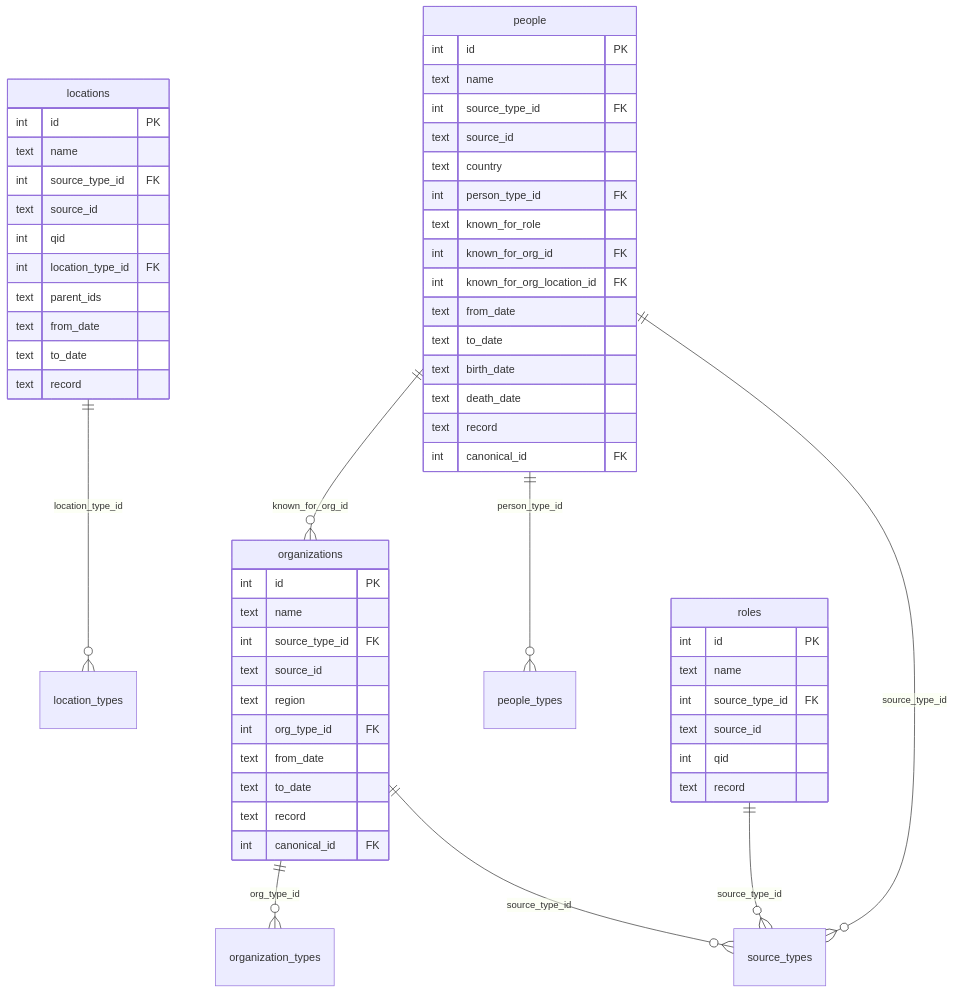
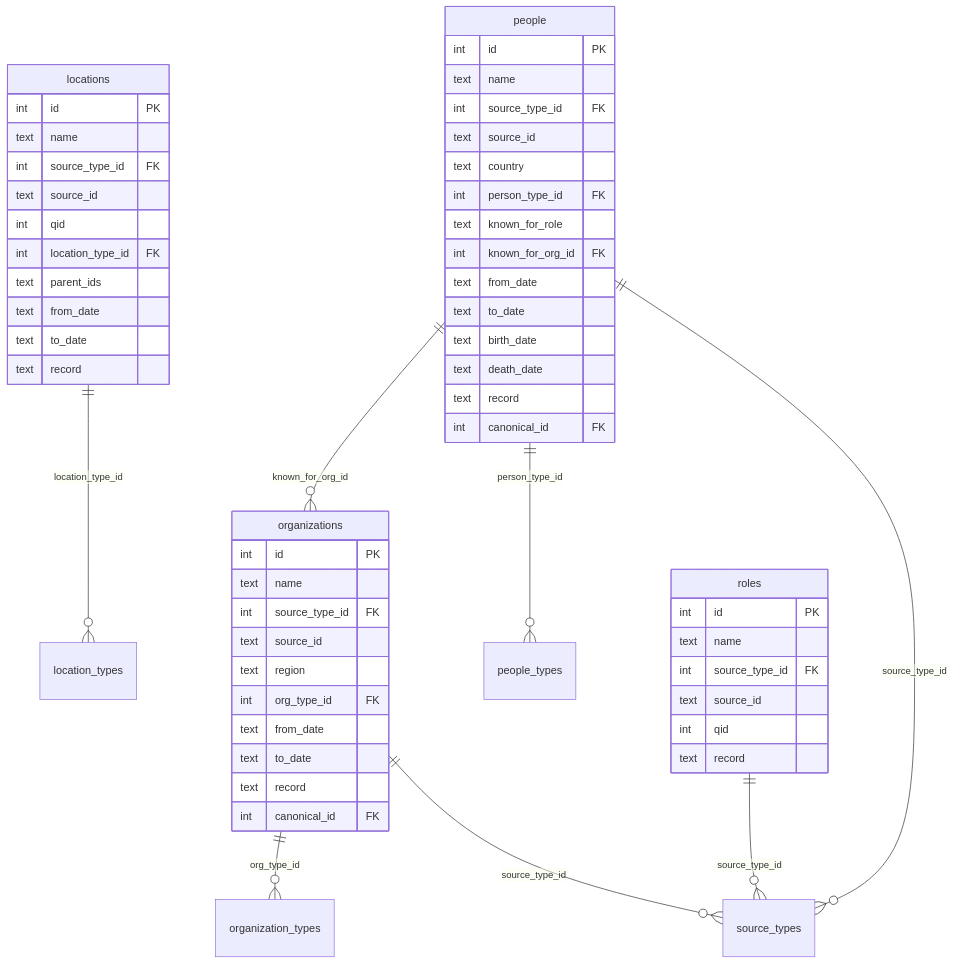
The diagram in src/app/docs/sections/database-schema.mdx (corp-o-rate/corp-entity-db), drawn with Mermaid before and after one commit. The commit also changed 24 other files, not shown here.

````diff
--- a/src/app/docs/sections/database-schema.mdx
+++ b/src/app/docs/sections/database-schema.mdx
@@ -11,63 +11,62 @@
 ```mermaid
 erDiagram
     organizations ||--o{ source_types : "source_type_id"
     organizations ||--o{ organization_types : "org_type_id"
     people ||--o{ source_types : "source_type_id"
     people ||--o{ people_types : "person_type_id"
     people ||--o{ organizations : "known_for_org_id"
     locations ||--o{ location_types : "location_type_id"
     roles ||--o{ source_types : "source_type_id"
 
     organizations {
         int id PK
         text name
         int source_type_id FK
         text source_id
         text region
         int org_type_id FK
         text from_date
         text to_date
         text record
         int canonical_id FK
     }
 
     people {
         int id PK
         text name
         int source_type_id FK
         text source_id
         text country
         int person_type_id FK
         text known_for_role
         int known_for_org_id FK
-        int known_for_org_location_id FK
         text from_date
         text to_date
         text birth_date
         text death_date
         text record
         int canonical_id FK
     }
 
     roles {
         int id PK
         text name
         int source_type_id FK
         text source_id
         int qid
         text record
     }
 
     locations {
         int id PK
         text name
         int source_type_id FK
         text source_id
         int qid
         int location_type_id FK
         text parent_ids
         text from_date
         text to_date
         text record
     }
 ```
````
